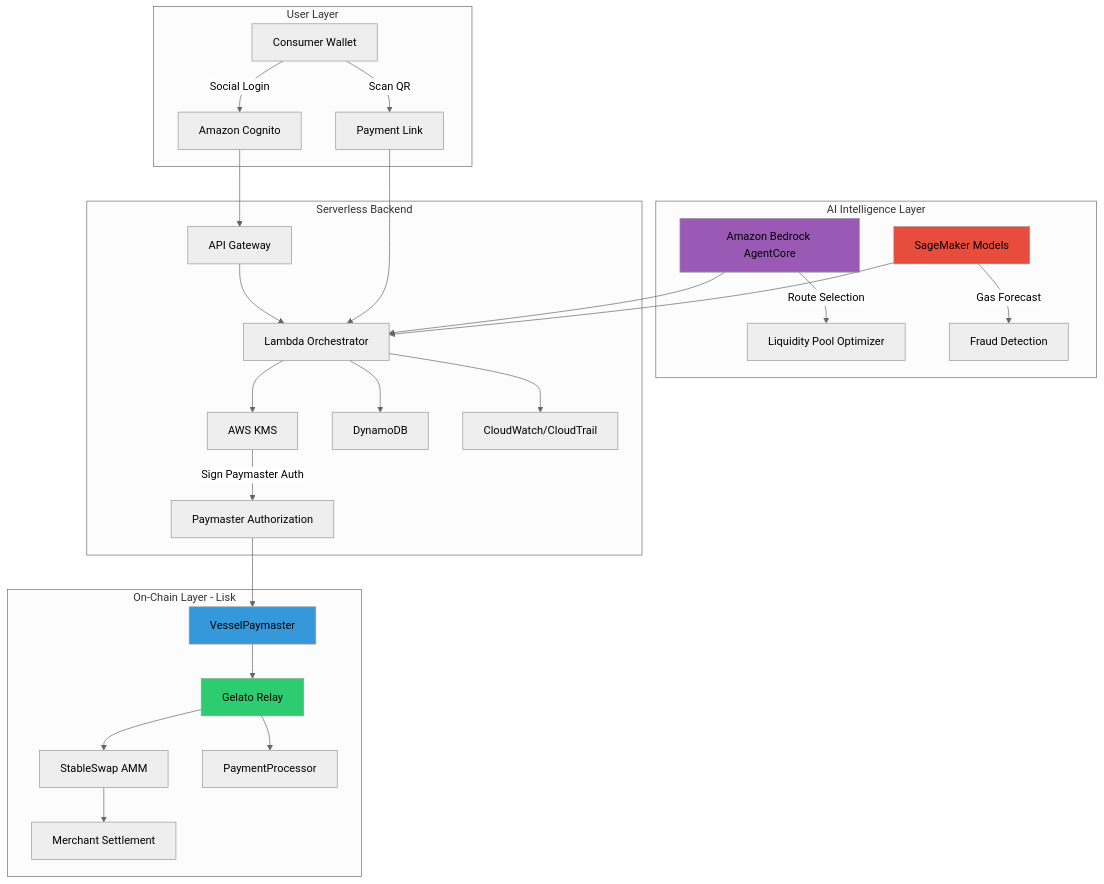
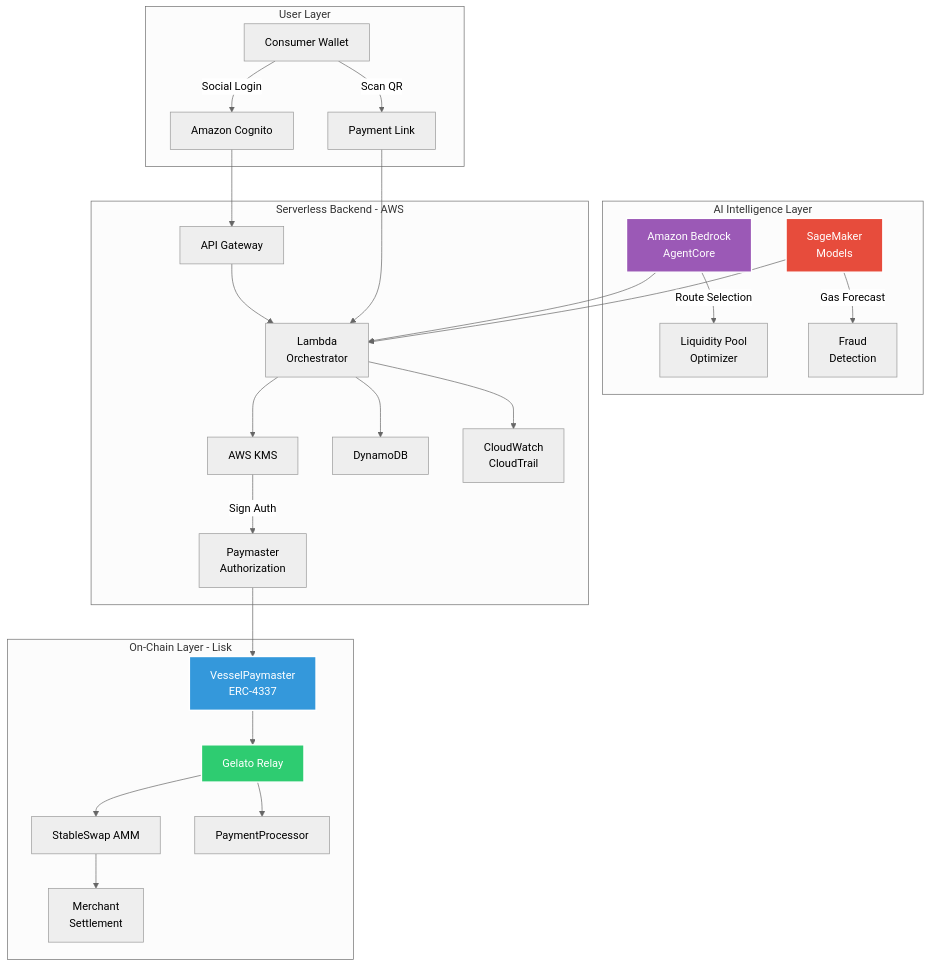
Before and after one commit to DEEPESH-845/Vessel: the diagram in README.md, drawn with Mermaid (neutral theme). The commit also changed other lines of this file and 4 other files, not shown here.

First line of the commit message:
feat(frontend): add transaction timeline, wallet recovery, and address identity services

````diff
--- a/README.md
+++ b/README.md
@@ -61,38 +82,38 @@
 ```mermaid
 graph TB
     subgraph "User Layer"
         A[Consumer Wallet] -->|Social Login| B[Amazon Cognito]
         A -->|Scan QR| C[Payment Link]
     end
     
     subgraph "AI Intelligence Layer"
-        D[Amazon Bedrock AgentCore] -->|Route Selection| E[Liquidity Pool Optimizer]
-        F[SageMaker Models] -->|Gas Forecast| G[Fraud Detection]
+        D[Amazon Bedrock<br/>AgentCore] -->|Route Selection| E[Liquidity Pool<br/>Optimizer]
+        F[SageMaker<br/>Models] -->|Gas Forecast| G[Fraud<br/>Detection]
     end
     
-    subgraph "Serverless Backend"
+    subgraph "Serverless Backend - AWS"
         B --> H[API Gateway]
-        H --> I[Lambda Orchestrator]
+        H --> I[Lambda<br/>Orchestrator]
         I --> J[AWS KMS]
         I --> K[DynamoDB]
-        I --> L[CloudWatch/CloudTrail]
-        J -->|Sign Paymaster Auth| M[Paymaster Authorization]
+        I --> L[CloudWatch<br/>CloudTrail]
+        J -->|Sign Auth| M[Paymaster<br/>Authorization]
     end
     
     subgraph "On-Chain Layer - Lisk"
-        M --> N[VesselPaymaster]
+        M --> N[VesselPaymaster<br/>ERC-4337]
         N --> O[Gelato Relay]
         O --> P[StableSwap AMM]
         O --> Q[PaymentProcessor]
-        P --> R[Merchant Settlement]
+        P --> R[Merchant<br/>Settlement]
     end
     
     C --> I
     D --> I
     F --> I
     
-    style D fill:#9b59b6
-    style F fill:#e74c3c
-    style N fill:#3498db
-    style O fill:#2ecc71
+    style D fill:#9b59b6,stroke:#fff,stroke-width:2px,color:#fff
+    style F fill:#e74c3c,stroke:#fff,stroke-width:2px,color:#fff
+    style N fill:#3498db,stroke:#fff,stroke-width:2px,color:#fff
+    style O fill:#2ecc71,stroke:#fff,stroke-width:2px,color:#fff
 ```
````
